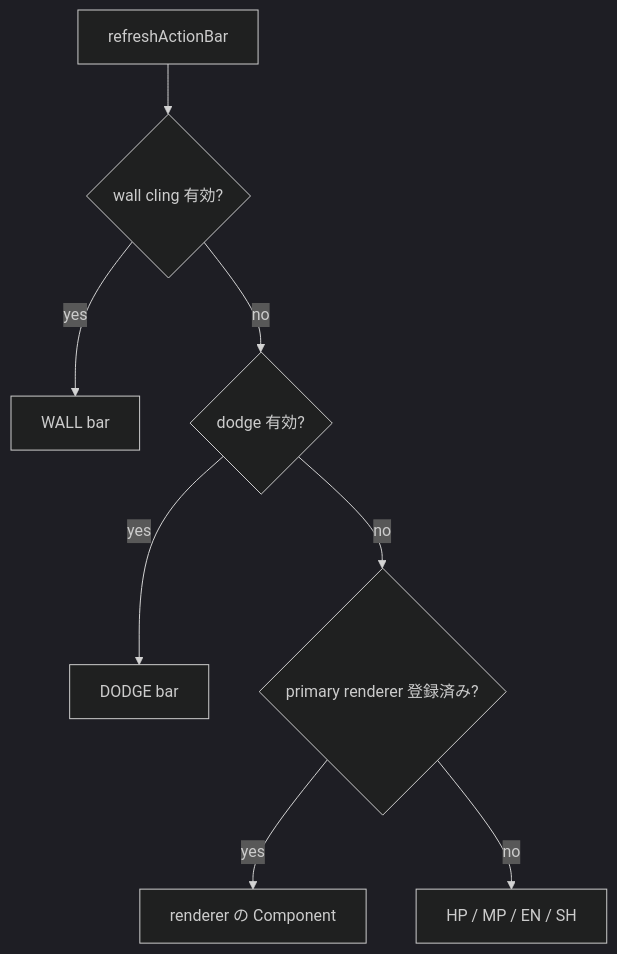
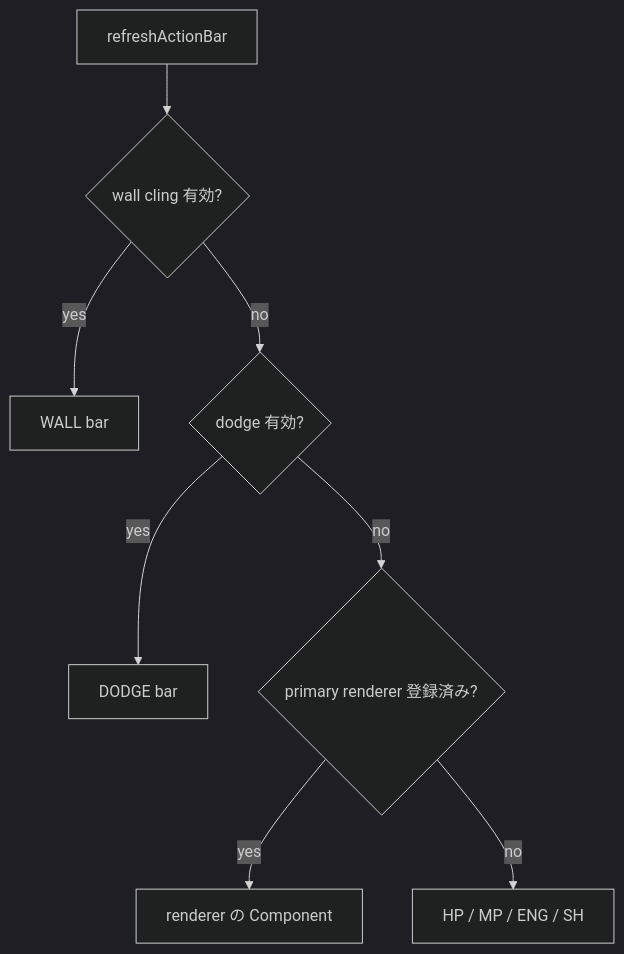
The second of 3 diagrams in 00_docs/10_Plugin設計書/feature/10-hud/10_4-統合フロー.md (maaasu/AstralRecord-Workspace), drawn with Mermaid (dark theme) before and after one commit. The commit also changed other lines of this file and 49 other files, not shown here.

````diff
--- a/00_docs/10_Plugin設計書/feature/10-hud/10_4-統合フロー.md
+++ b/00_docs/10_Plugin設計書/feature/10-hud/10_4-統合フロー.md
@@ -45,10 +45,10 @@
 ```mermaid
 flowchart TD
     A[refreshActionBar] --> B{wall cling 有効?}
     B -- yes --> W[WALL bar]
     B -- no --> C{dodge 有効?}
     C -- yes --> D[DODGE bar]
     C -- no --> E{primary renderer 登録済み?}
     E -- yes --> P[renderer の Component]
-    E -- no --> S[HP / MP / EN / SH]
+    E -- no --> S[HP / MP / ENG / SH]
 ```
````
